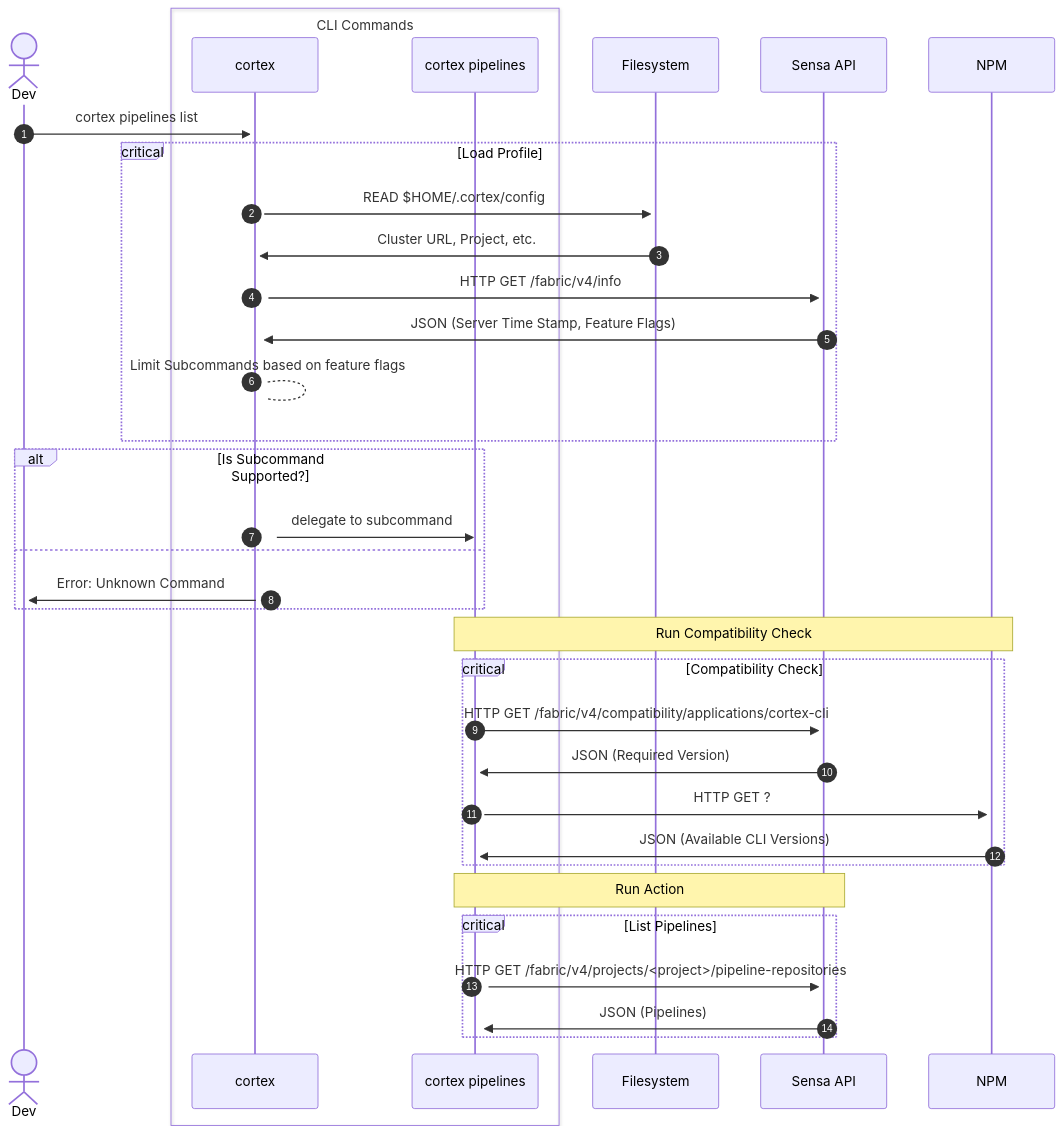
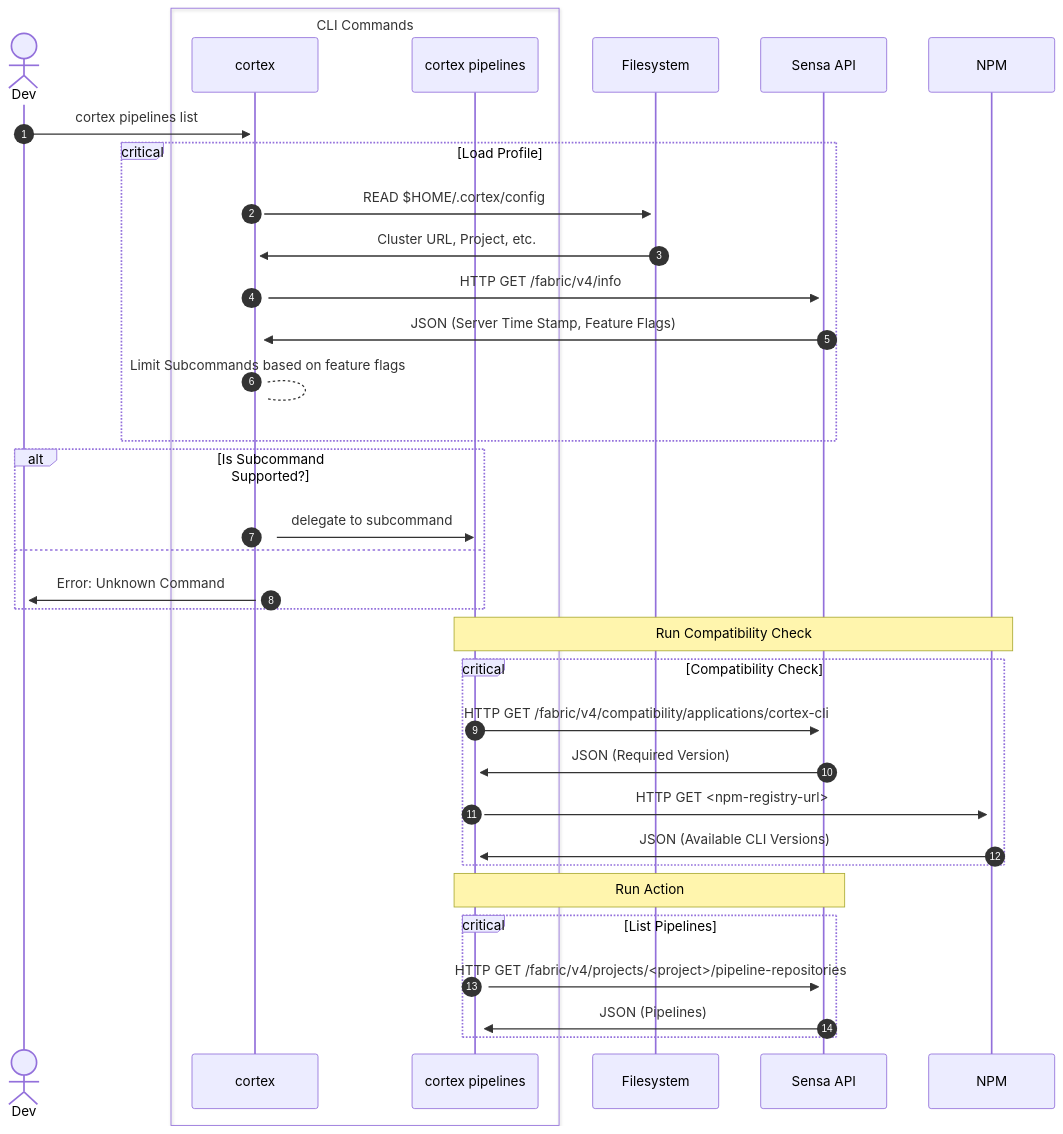
The diagram in README.md (CognitiveScale/cortex-cli), drawn with Mermaid before and after one commit. The commit also changed other lines of this file, not shown here.

````diff
--- a/README.md
+++ b/README.md
@@ -194,45 +142,45 @@
 ```mermaid
 sequenceDiagram
     autonumber
     Actor Dev
     box CLI Commands
         participant C as cortex
         participant Sub as cortex pipelines
     end
     participant Filesystem
     participant S as Sensa API
     participant N as NPM
     Dev->>+C: cortex pipelines list
 
     critical Load Profile
     C->>+Filesystem: READ $HOME/.cortex/config
     Filesystem->>+C: Cluster URL, Project, etc.
 
     C->>+S: HTTP GET /fabric/v4/info
     S->>+C: JSON (Server Time Stamp, Feature Flags)
     C-->+C: Limit Subcommands based on feature flags
     end
 
     alt Is Subcommand Supported?
         C->>Sub: delegate to subcommand
     else
         C->>+Dev: Error: Unknown Command
     end
 
     Note over Sub,N: Run Compatibility Check
 
     critical Compatibility Check
     Sub->>S: HTTP GET /fabric/v4/compatibility/applications/cortex-cli
     S->>+Sub: JSON (Required Version)
 
-    Sub->>+N: HTTP GET ?
+    Sub->>+N: HTTP GET <npm-registry-url>
     N->>+Sub: JSON (Available CLI Versions)
     end
 
     Note over Sub,S: Run Action
 
     critical List Pipelines
     Sub->>S: HTTP GET /fabric/v4/projects/<project>/pipeline-repositories
     S->>+Sub: JSON (Pipelines)
     end
 ```
````
